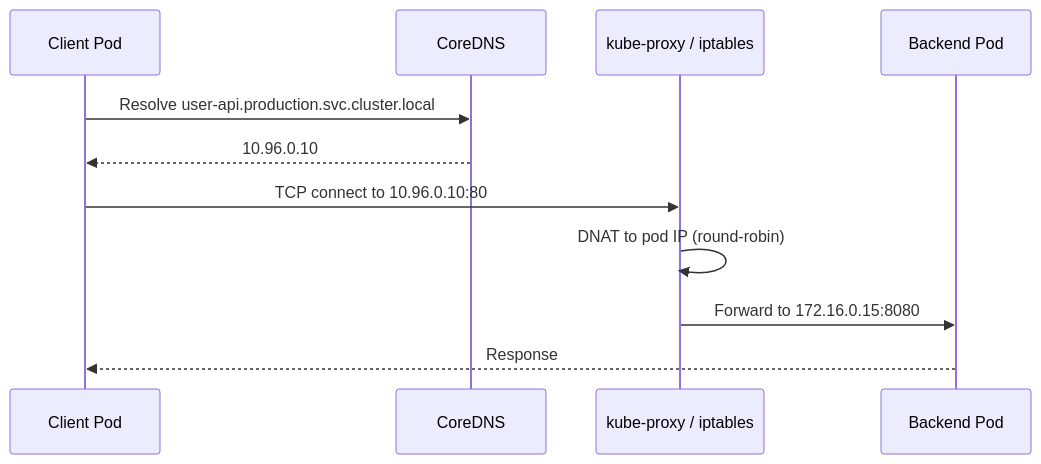
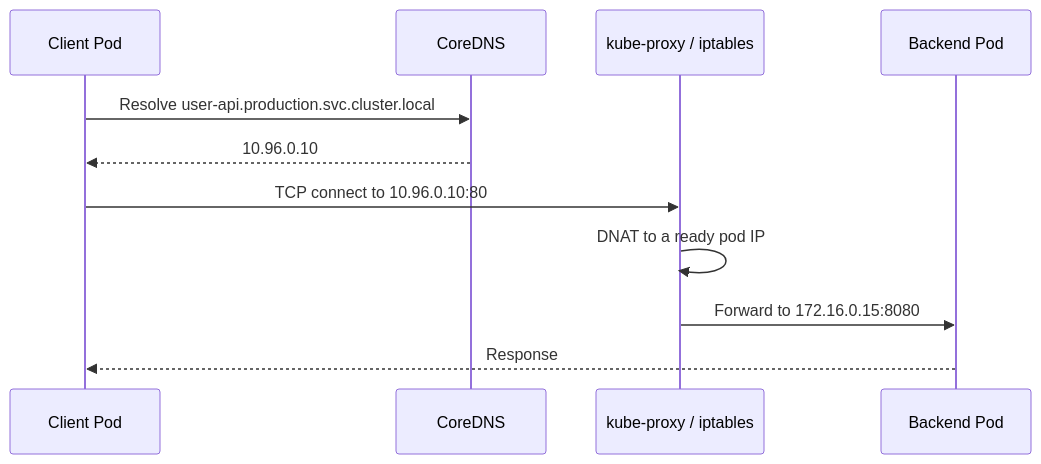
Before and after one commit to OneUptime/blog: the second of 5 diagrams in posts/2026-02-20-kubernetes-clusterip-nodeport-loadbalancer/README.md, drawn with Mermaid. The commit also changed other lines of this file and 2 other files, not shown here.

````diff
--- a/posts/2026-02-20-kubernetes-clusterip-nodeport-loadbalancer/README.md
+++ b/posts/2026-02-20-kubernetes-clusterip-nodeport-loadbalancer/README.md
@@ -78,14 +79,14 @@
 ```mermaid
 sequenceDiagram
     participant Client as Client Pod
     participant DNS as CoreDNS
     participant IPTables as kube-proxy / iptables
     participant Pod as Backend Pod
 
     Client->>DNS: Resolve user-api.production.svc.cluster.local
     DNS-->>Client: 10.96.0.10
     Client->>IPTables: TCP connect to 10.96.0.10:80
-    IPTables->>IPTables: DNAT to pod IP (round-robin)
+    IPTables->>IPTables: DNAT to a ready pod IP
     IPTables->>Pod: Forward to 172.16.0.15:8080
     Pod-->>Client: Response
 ```
````
